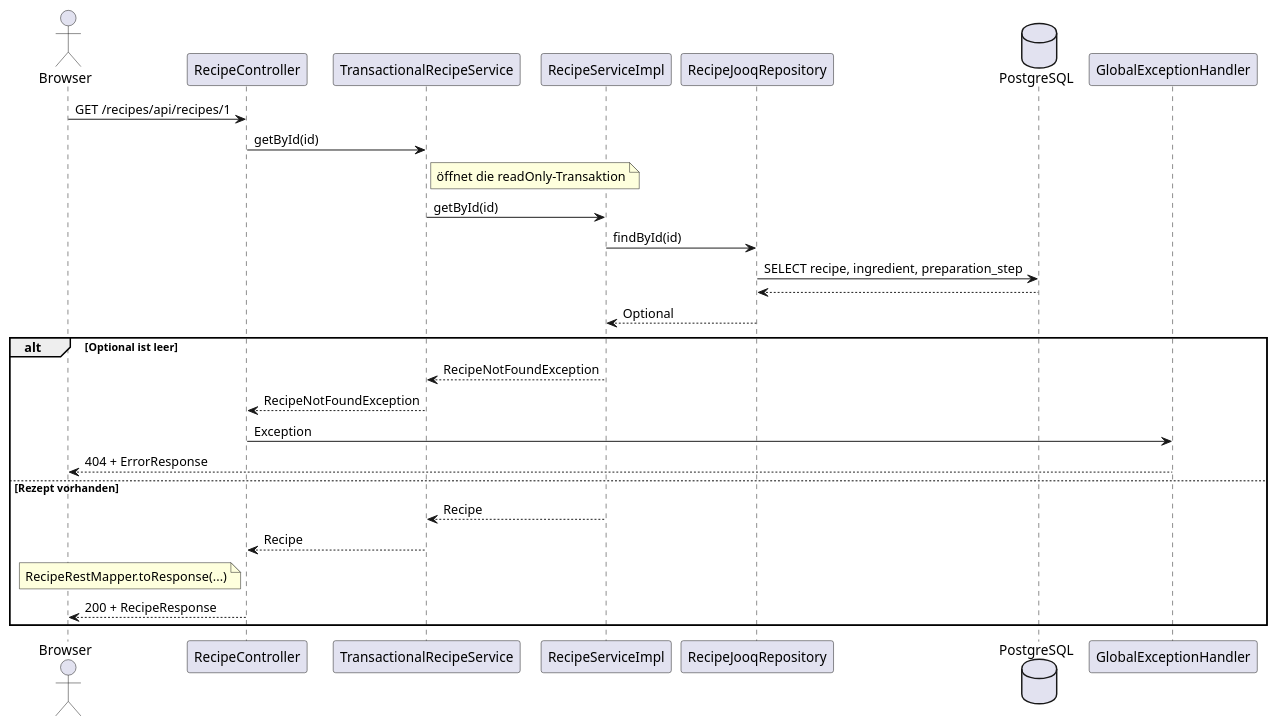
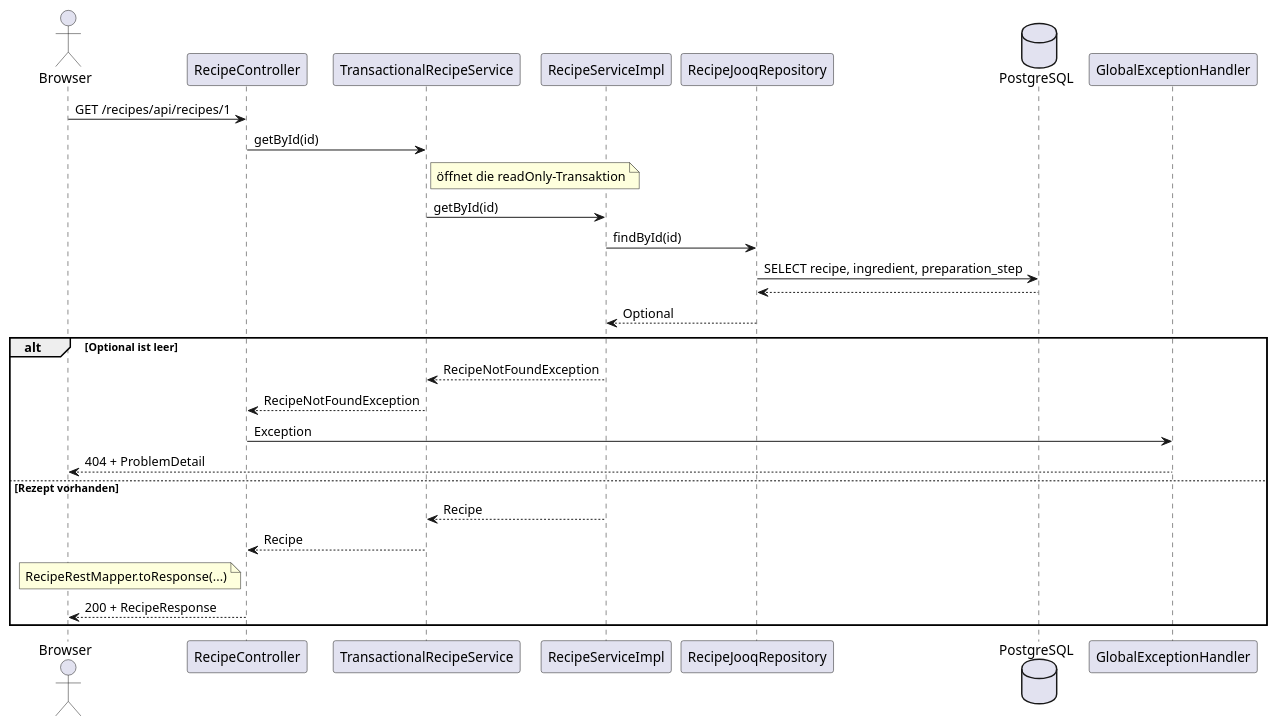
One commit to Keymaster65/hello-ai changed the second of 3 diagrams in docs/system/schichten.adoc. Above: the diagram before and after it, drawn with PlantUML. The commit also changed other lines of this file and 26 other files, not shown here.

```diff
--- a/docs/system/schichten.adoc
+++ b/docs/system/schichten.adoc
@@ -257,35 +260,35 @@
 [plantuml,ablauf-lesen,svg]
 ....
 @startuml
 !pragma layout smetana
 skinparam shadowing false
 
 actor Browser
 participant "RecipeController" as controller
 participant "TransactionalRecipeService" as tx
 participant "RecipeServiceImpl" as service
 participant "RecipeJooqRepository" as repository
 database "PostgreSQL" as db
 participant "GlobalExceptionHandler" as handler
 
 Browser -> controller : GET /recipes/api/recipes/1
 controller -> tx : getById(id)
 note right of tx : öffnet die readOnly-Transaktion
 tx -> service : getById(id)
 service -> repository : findById(id)
 repository -> db : SELECT recipe, ingredient, preparation_step
 db --> repository
 repository --> service : Optional
 alt Optional ist leer
   service --> tx : RecipeNotFoundException
   tx --> controller : RecipeNotFoundException
   controller -> handler : Exception
-  handler --> Browser : 404 + ErrorResponse
+  handler --> Browser : 404 + ProblemDetail
 else Rezept vorhanden
   service --> tx : Recipe
   tx --> controller : Recipe
   note left of controller : RecipeRestMapper.toResponse(...)
   controller --> Browser : 200 + RecipeResponse
 end
 @enduml
 ....
```
